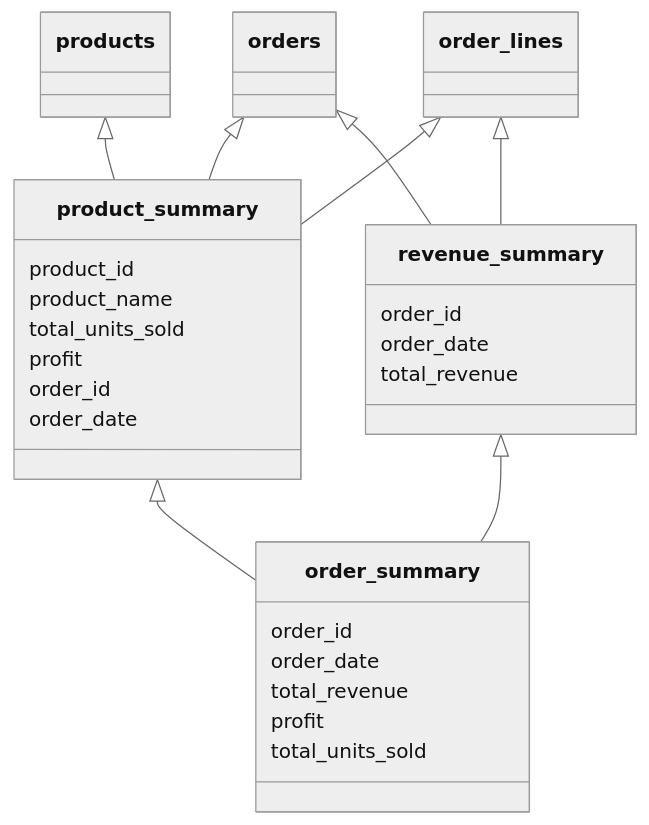
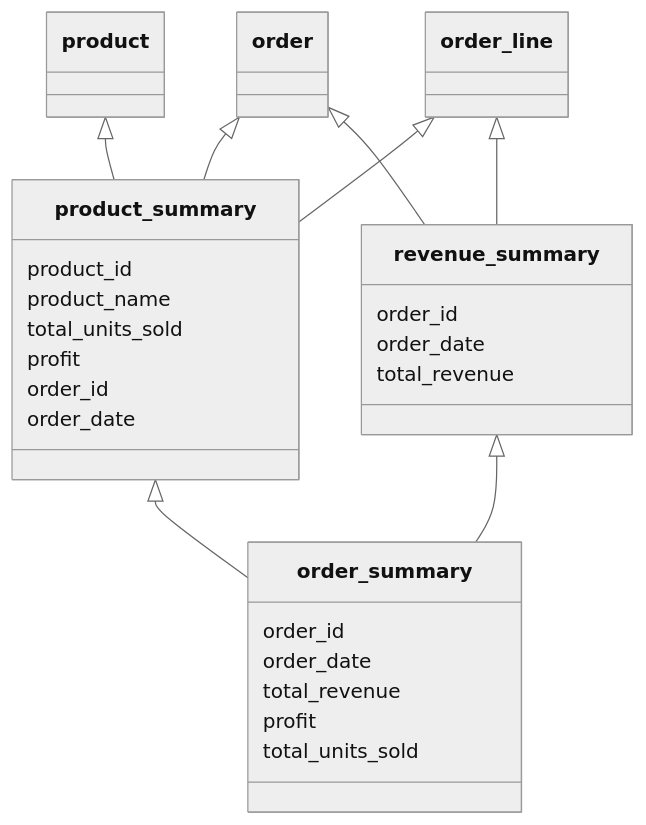
The second of 2 diagrams in README.md (starlake-ai/StarBake), drawn with Mermaid (neutral theme) before and after one commit. The commit also changed other lines of this file and 17 other files, not shown here.

````diff
--- a/README.md
+++ b/README.md
@@ -76,45 +76,45 @@
 ```mermaid
 classDiagram
-    products <|-- product_summary
-    orders <|-- product_summary
-    order_lines <|-- product_summary
+    product <|-- product_summary
+    order <|-- product_summary
+    order_line <|-- product_summary
 
 
-    order_lines <|-- revenue_summary
-    orders <|-- revenue_summary
+    order_line <|-- revenue_summary
+    order <|-- revenue_summary
 
 
     revenue_summary <|-- order_summary
     product_summary <|-- order_summary
 
-    class orders { }
+    class order { }
 
-    class order_lines { }
+    class order_line { }
 
-    class products { }
+    class product { }
 
     class product_summary{
         product_id
         product_name
         total_units_sold
         profit
         order_id
         order_date
     }
 
 
     class revenue_summary{
         order_id
         order_date
         total_revenue
     }
 
     class order_summary{
         order_id
         order_date
         total_revenue
         profit
         total_units_sold
     }
 
 ```
````
